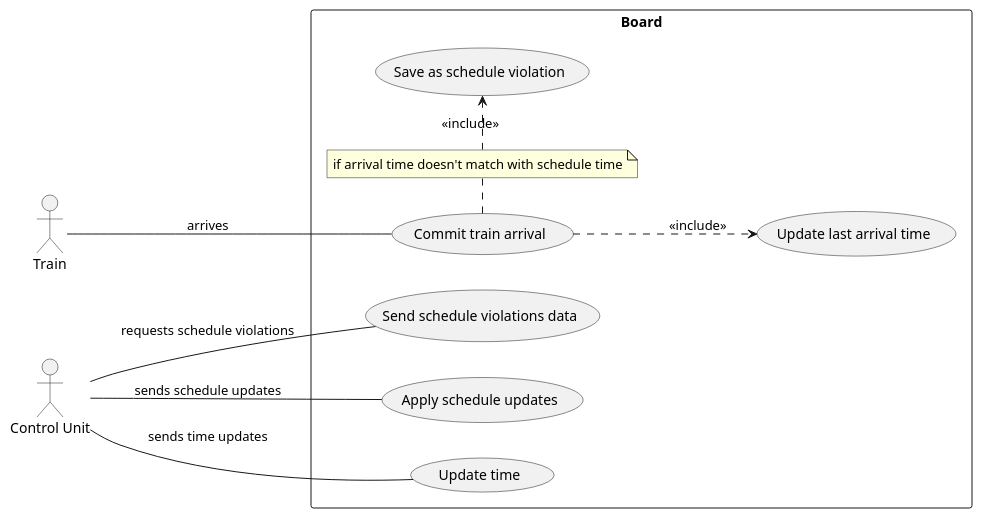
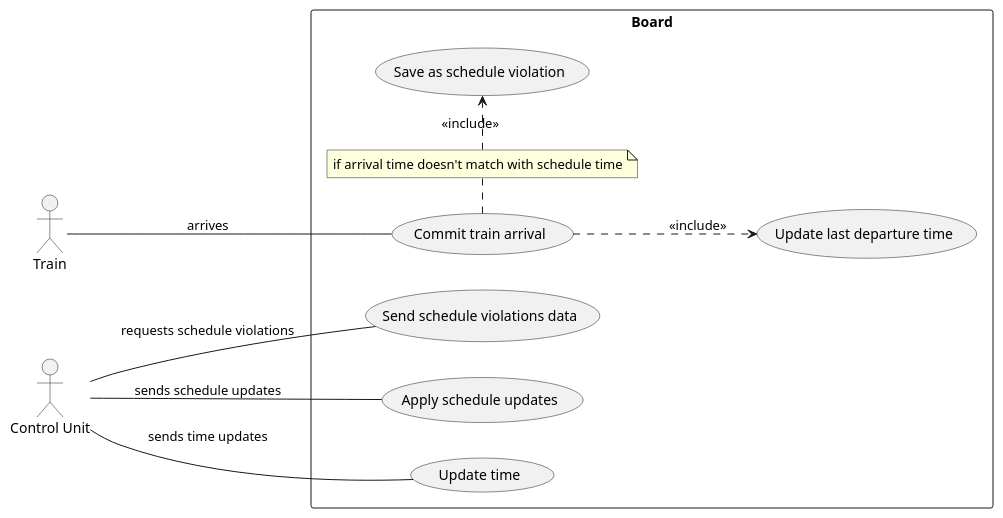
One commit to qvic/OOP-2-year changed the diagram in lab_5/use-case.pu. Above: the diagram before and after it, drawn with PlantUML. The commit also changed 20 other files, not shown here.

```diff
--- a/lab_5/use-case.pu
+++ b/lab_5/use-case.pu
@@ -1,21 +1,21 @@
 @startuml
 left to right direction
 skinparam packageStyle rectangle
 
 actor Train
 actor :Control Unit: as CU
 
 rectangle Board {
 
 Train -- (Commit train arrival) : arrives
 
 note "if arrival time doesn't match with schedule time" as ifNote
 (Commit train arrival) . ifNote
 ifNote .> (Save as schedule violation) : <<include>>
-(Commit train arrival) ..> (Update last arrival time) : <<include>>
+(Commit train arrival) ..> (Update last departure time) : <<include>>
 
 CU -- (Send schedule violations data) : requests schedule violations
 CU -- (Apply schedule updates) : sends schedule updates
 CU -- (Update time) : \nsends time updates
 }
 @enduml
```
